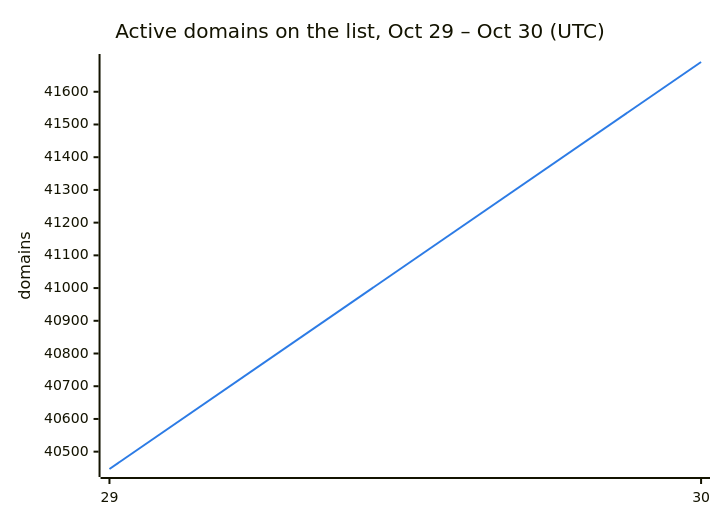
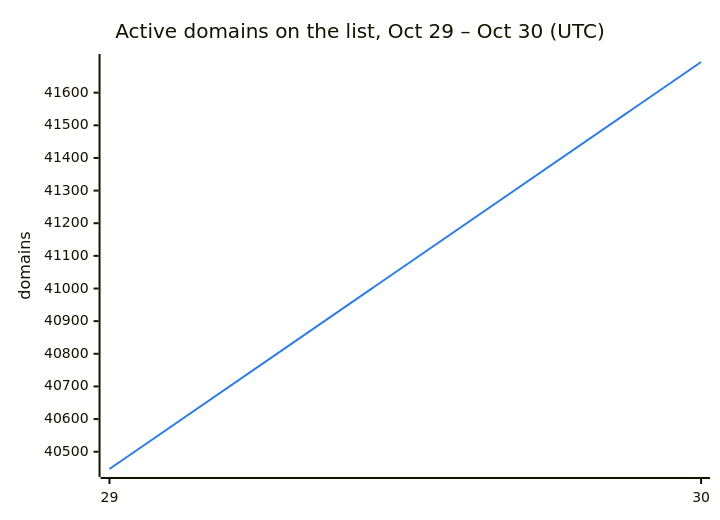
One commit to DNSBunker/CTI changed the second of 3 diagrams in README.md. Above: the diagram before and after it, drawn with Mermaid. The commit also changed other lines of this file and 3 other files, not shown here.

````diff
--- a/README.md
+++ b/README.md
@@ -38,8 +38,8 @@
 ```mermaid
 %%{init: {"themeVariables": {"xyChart": {"plotColorPalette": "#2c7be5"}}}}%%
 xychart-beta
     title "Active domains on the list, Oct 29 – Oct 30 (UTC)"
     x-axis ["29", "30"]
     y-axis "domains"
-    line [40447, 41691]
+    line [40447, 41694]
 ```
````
